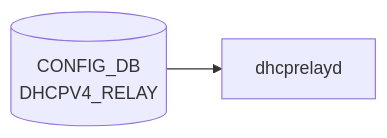
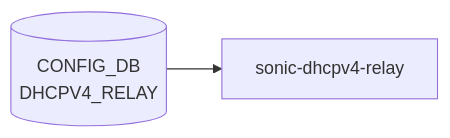
The diagram in docs/reference/config-db/dhcpv4-relay.md (aoki-taquan/sonic-unofficial-docs), drawn with Mermaid before and after one commit. The commit also changed 16 other files, not shown here.

First line of the commit message:
chore(cdb-mermaid): add fallback dict for 27 unmapped tables → 121/121

````diff
--- a/docs/reference/config-db/dhcpv4-relay.md
+++ b/docs/reference/config-db/dhcpv4-relay.md
@@ -32,6 +32,6 @@
 ```mermaid
 flowchart LR
   CDB[("CONFIG_DB<br/>DHCPV4_RELAY")]
-  DM["dhcprelayd"]
+  DM["sonic-dhcpv4-relay"]
   CDB --> DM
 ```
````
